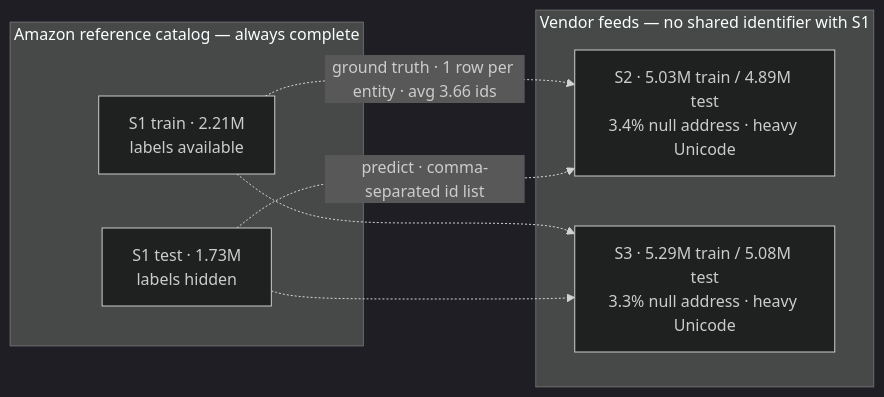
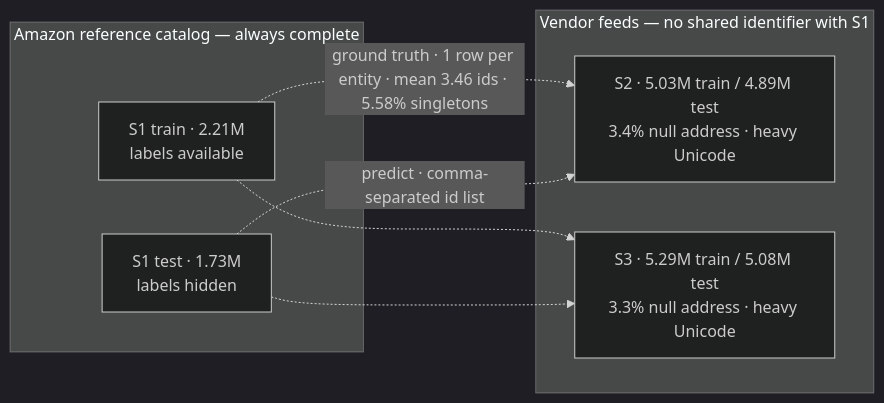
One commit to SoulBreaker9/Team-Diamond changed the first of 7 diagrams in suggestion.md. Above: the diagram before and after it, drawn with Mermaid (dark theme). The commit also changed other lines of this file and 30 other files, not shown here.

````diff
--- a/suggestion.md
+++ b/suggestion.md
@@ -30,15 +147,15 @@
 ```mermaid
 graph LR
     subgraph V["Vendor feeds — no shared identifier with S1"]
         S2["S2 · 5.03M train / 4.89M test<br/>3.4% null address · heavy Unicode"]
         S3["S3 · 5.29M train / 5.08M test<br/>3.3% null address · heavy Unicode"]
     end
     subgraph R["Amazon reference catalog — always complete"]
         S1T["S1 train · 2.21M<br/>labels available"]
         S1E["S1 test · 1.73M<br/>labels hidden"]
     end
-    S1T -. "ground truth · 1 row per entity · avg 3.66 ids" .-> S2
+    S1T -. "ground truth · 1 row per entity · mean 3.46 ids · 5.58% singletons" .-> S2
     S1T -.-> S3
     S1E -. "predict · comma-separated id list" .-> S2
     S1E -.-> S3
 ```
````
